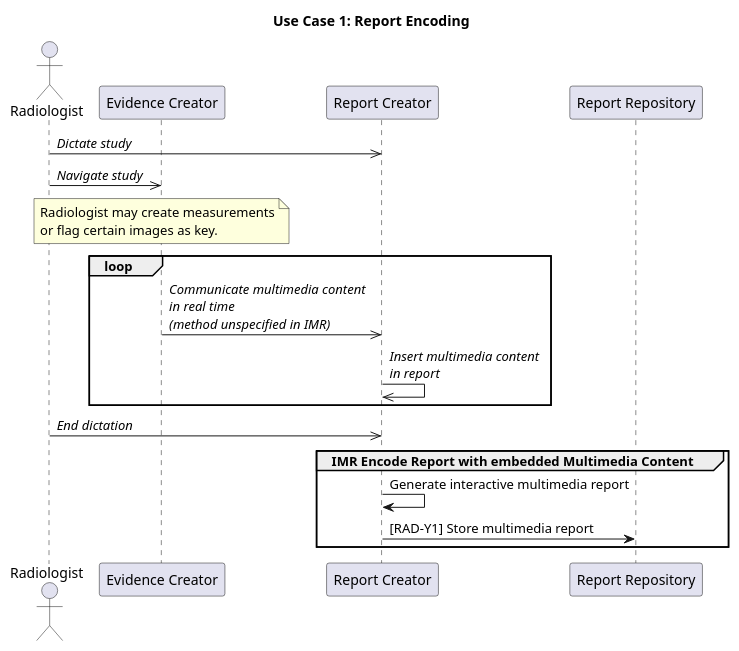
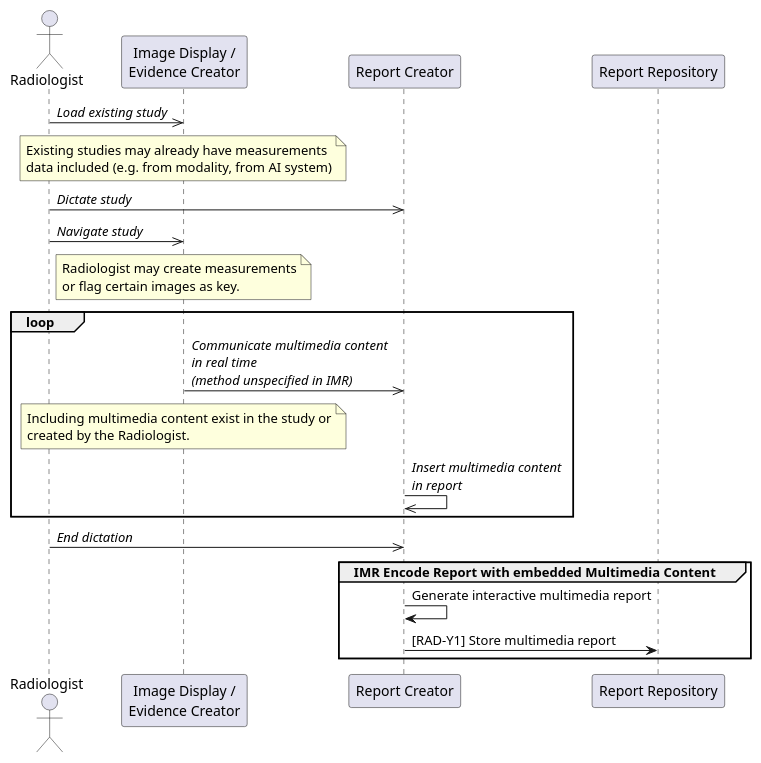
Before and after one commit to IHE/RAD.IMR: the diagram in input/images-source/uc1-authoring-report.plantuml, drawn with PlantUML. The commit also changed 6 other files, not shown here.

```diff
--- a/input/images-source/uc1-authoring-report.plantuml
+++ b/input/images-source/uc1-authoring-report.plantuml
@@ -1,29 +1,36 @@
 @startuml
 
-title "Use Case 1: Report Encoding"
-
 actor "Radiologist" as Rad
-participant "Evidence Creator" as ECreator
+participant "Image Display /\nEvidence Creator" as ECreator
 participant "Report Creator" as RCreator
 participant "Report Repository" as Repo
 
+Rad->>ECreator: //Load existing study//
+note over ECreator
+Existing studies may already have measurements
+data included (e.g. from modality, from AI system)
+end note
 Rad->>RCreator: //Dictate study//
 Rad->>ECreator: //Navigate study//
 note over ECreator
 Radiologist may create measurements
 or flag certain images as key.
 end note
 
 loop
 ECreator->>RCreator: //Communicate multimedia content//\n//in real time//\n//(method unspecified in IMR)//
+note over ECreator
+Including multimedia content exist in the study or
+created by the Radiologist.
+end note
 RCreator->>RCreator: //Insert multimedia content//\n//in report//
 end
 
 Rad->>RCreator: //End dictation//
 
 group IMR Encode Report with embedded Multimedia Content
 RCreator->RCreator: Generate interactive multimedia report
 RCreator->Repo: [RAD-Y1] Store multimedia report
 end group
 
 @enduml
```
